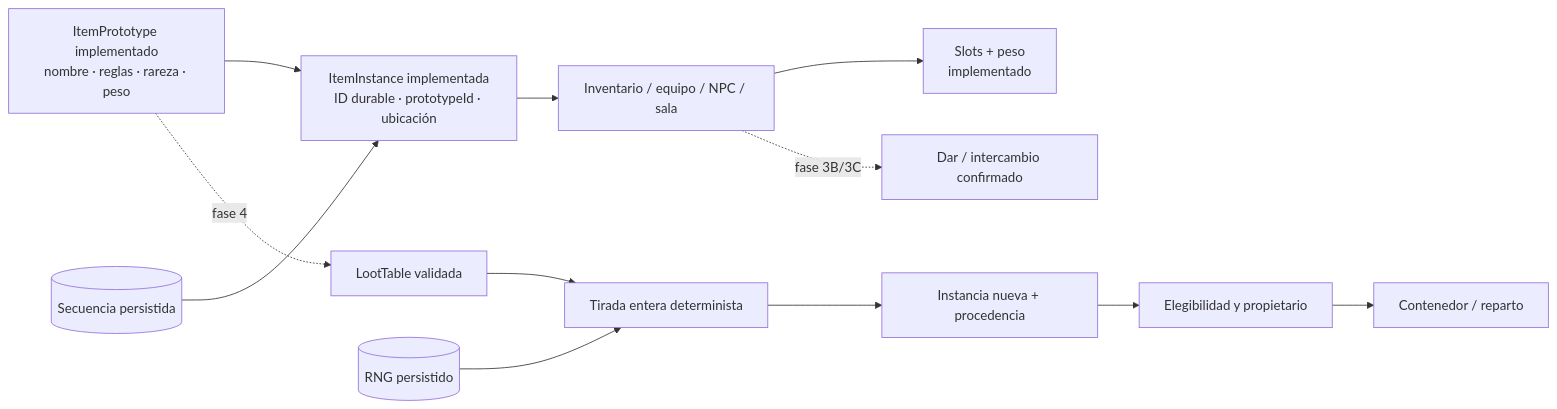
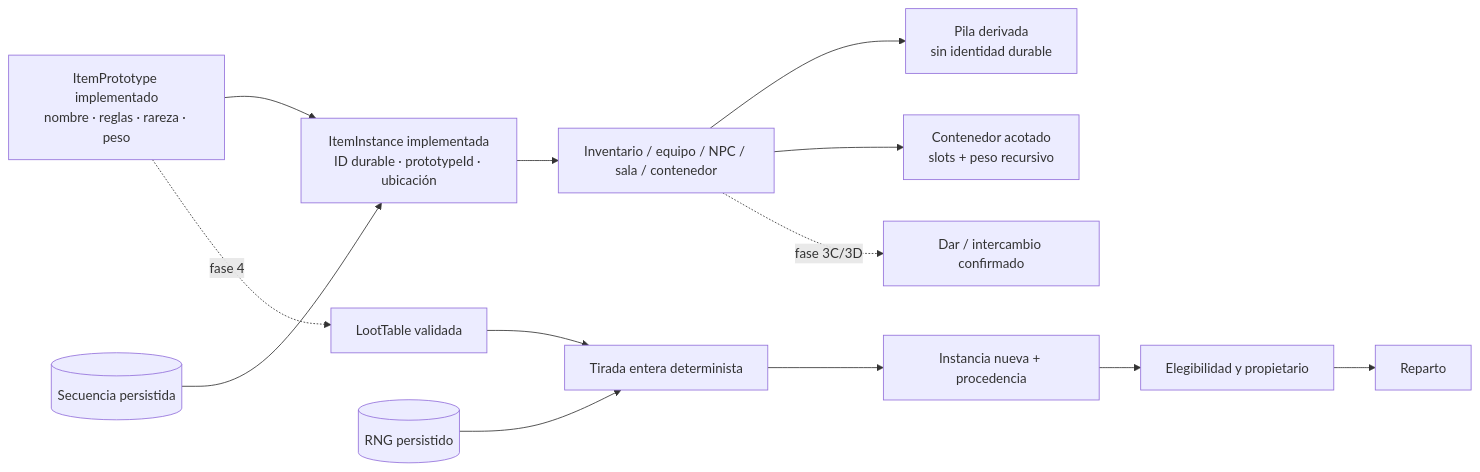
The third of 3 diagrams in docs/design/social-staff-and-loot-roadmap.md (hyukudan/tiamud), drawn with Mermaid before and after one commit. The commit also changed other lines of this file and 56 other files, not shown here.

````diff
--- a/docs/design/social-staff-and-loot-roadmap.md
+++ b/docs/design/social-staff-and-loot-roadmap.md
@@ -345,18 +357,19 @@
 ```mermaid
 flowchart LR
-    accTitle: Fundamento implementado y ampliaciones de objetos repetibles
-    accDescr: Un prototipo ya define propiedades comunes y el runtime crea instancias durables distintas con capacidad e identidad segura. Tablas, derechos, contenedores y comercio siguen como fases posteriores.
+    accTitle: Inventario implementado y ampliaciones de transferencia y botín
+    accDescr: Cada unidad conserva identidad durable; pilas y contenedores ya forman una vista y un grafo acotados. Transferencias, derechos y tablas siguen como fases posteriores.
 
     Prototype[ItemPrototype implementado<br/>nombre · reglas · rareza · peso] --> Instance[ItemInstance implementada<br/>ID durable · prototypeId · ubicación]
     Sequence[(Secuencia persistida)] --> Instance
-    Instance --> Current[Inventario / equipo / NPC / sala]
-    Current --> Capacity[Slots + peso<br/>implementado]
+    Instance --> Current[Inventario / equipo / NPC / sala / contenedor]
+    Current --> Stack[Pila derivada<br/>sin identidad durable]
+    Current --> Container[Contenedor acotado<br/>slots + peso recursivo]
 
     Prototype -. fase 4 .-> Table[LootTable validada]
     RNG[(RNG persistido)] --> Roll[Tirada entera determinista]
     Table --> Roll
     Roll --> Generated[Instancia nueva + procedencia]
     Generated --> Rights[Elegibilidad y propietario]
-    Rights --> Future[Contenedor / reparto]
-    Current -. fase 3B/3C .-> Trade[Dar / intercambio confirmado]
+    Rights --> Future[Reparto]
+    Current -. fase 3C/3D .-> Trade[Dar / intercambio confirmado]
 ```
````
